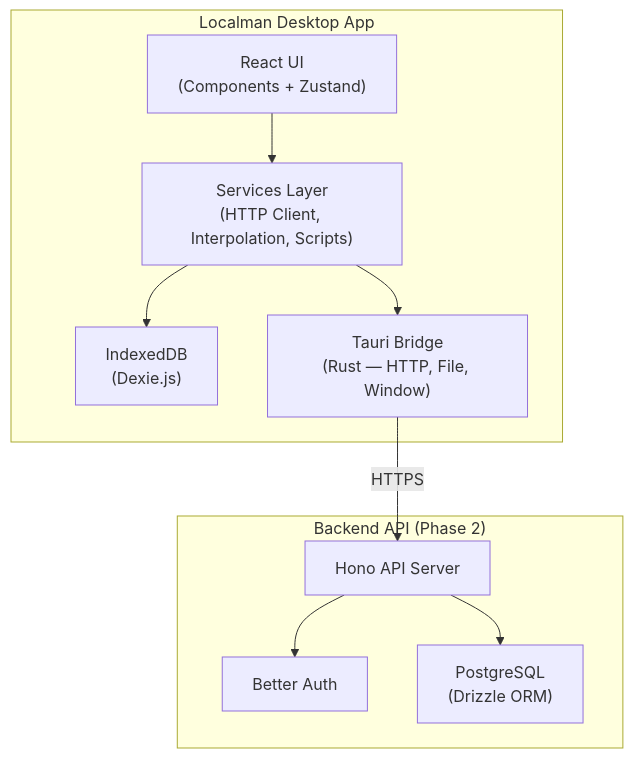
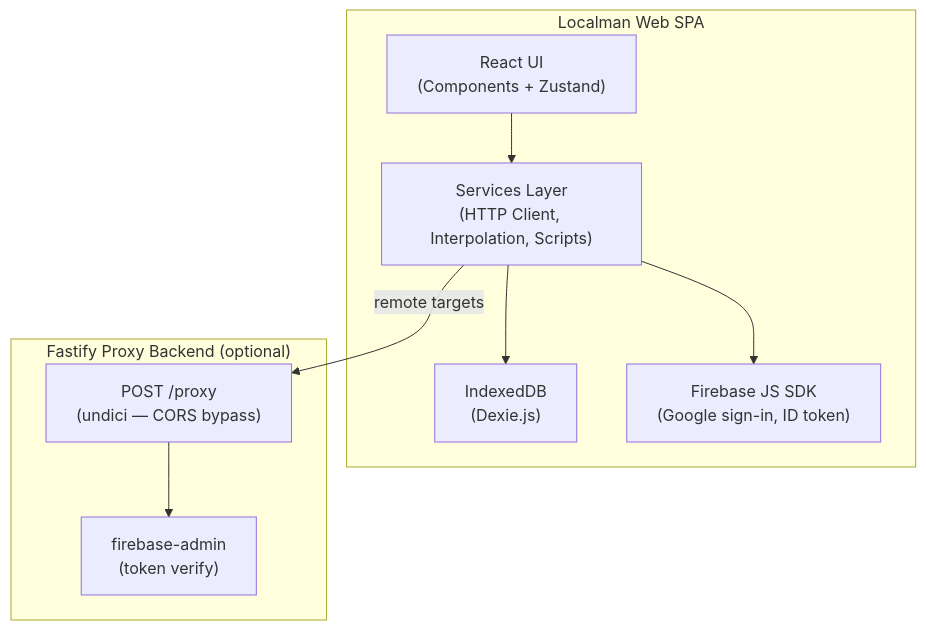
The first of 7 diagrams in docs/workflow-guide.md (achoo254/localman), drawn with Mermaid before and after one commit. The commit also changed other lines of this file and 364 other files, not shown here.

First line of the commit message:
refactor: migrate to web-only SPA + Fastify proxy architecture

````diff
--- a/docs/workflow-guide.md
+++ b/docs/workflow-guide.md
@@ -7,22 +7,20 @@
 ```mermaid
 graph TB
-    subgraph Desktop["Localman Desktop App"]
+    subgraph SPA["Localman Web SPA"]
         UI["React UI<br/>(Components + Zustand)"]
         Services["Services Layer<br/>(HTTP Client, Interpolation, Scripts)"]
         DB["IndexedDB<br/>(Dexie.js)"]
-        Tauri["Tauri Bridge<br/>(Rust — HTTP, File, Window)"]
+        Firebase["Firebase JS SDK<br/>(Google sign-in, ID token)"]
     end
 
-    subgraph Backend["Backend API (Phase 2)"]
-        API["Hono API Server"]
-        Auth["Better Auth"]
-        PG["PostgreSQL<br/>(Drizzle ORM)"]
+    subgraph Backend["Fastify Proxy Backend (optional)"]
+        Proxy["POST /proxy<br/>(undici — CORS bypass)"]
+        Auth["firebase-admin<br/>(token verify)"]
     end
 
     UI --> Services
     Services --> DB
-    Services --> Tauri
-    Tauri -->|"HTTPS"| API
-    API --> Auth
-    API --> PG
+    Services --> Firebase
+    Services -->|"remote targets"| Proxy
+    Proxy --> Auth
 ```
````
